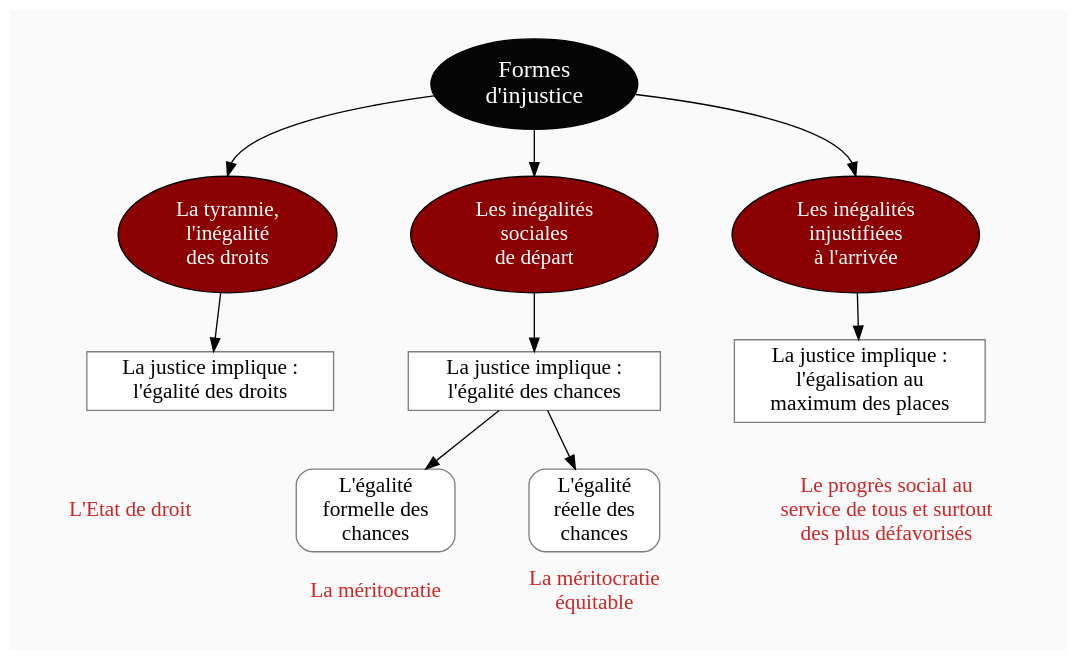
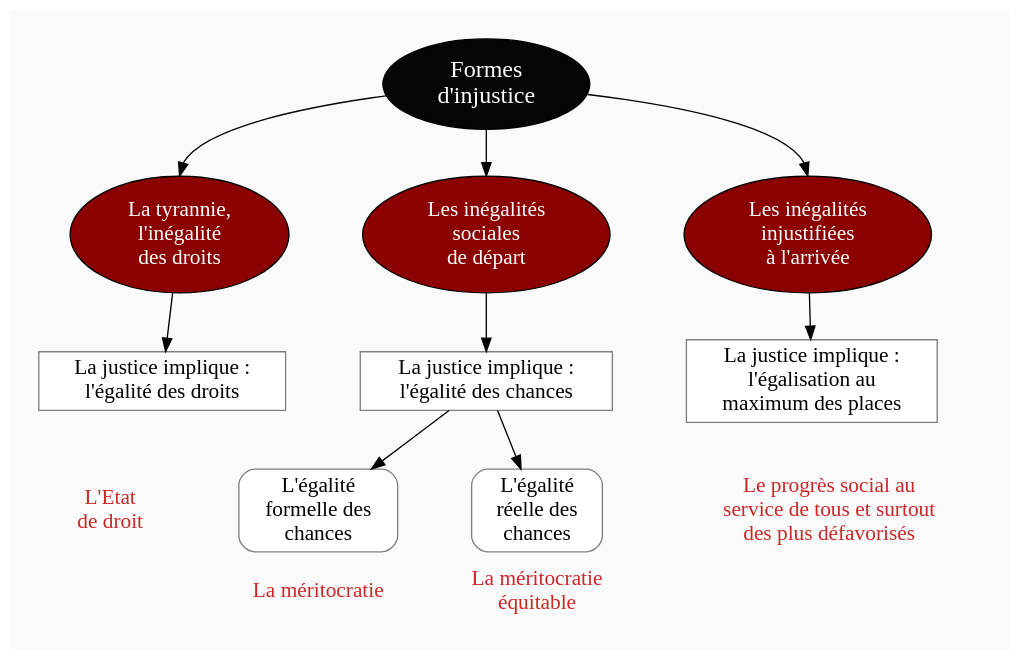
The diagram in diagram/formes-injustice-Rawls.dot (eyssette/graphviz-examples), drawn with Graphviz before and after one commit. The commit also changed 1 other file, not shown here.

```diff
--- a/diagram/formes-injustice-Rawls.dot
+++ b/diagram/formes-injustice-Rawls.dot
@@ -1,103 +1,104 @@
 digraph G {
 // Template : diagram
 // Usage : 
 //rankdir=LR
 splines=true
 //splines=curved
 bgcolor=grey98
 pad=0.3
 style=filled
 edge[minlen=4]
 node[style=filled, fontcolor=white]
 ranksep=0.1
 nodesep=0.2
 
 // NIVEAU 1
 node[fillcolor=grey2, fontsize=18]
 a1[label="Formes
 d'injustice"]
 
 // NIVEAU 2
 node[fillcolor=red4, fontsize=16]
 a1->{
 b1[label="La tyrannie,
 l'inégalité
 des droits"]    
 b2[label="Les inégalités
 sociales
 de départ"]
 b3[label="Les inégalités
 injustifiées
 à l'arrivée"]
 }[headport=n]
 
 {rank=same;b1->b2->b3[style=invis]}
 
 node[fontcolor=black]
 // NIVEAU 3 (sans intermédiaire)
 node [shape=box, fillcolor=white, color=grey50]
 // c1[label=""]
 b1->c1
 c1[label="La justice implique :
 l'égalité des droits"]
 b2->c2
 c2[label="La justice implique :
 l'égalité des chances"]
 b3->c3
 c3[label="La justice implique :
 l'égalisation au
 maximum des places"]
 
 {rank=same;c1->c2->c3[style=invis]}
 
 // INTERMÉDIAIRE AVANT NIVEAU 3
 node[fillcolor=grey78, shape=oval]
 // [arrowhead=none]
 // bc1[label=""e1[label=""]]
 
 // NIVEAU 3 (avec intermédiaire)
 node[fillcolor=white, shape=box, color=grey50]
 // c1[label=""]
 
 // NIVEAU 4
 node[style="filled,rounded", fillcolor=white, shape=box, color=grey50]
 // d1[label=""]
 c2->d1
 d1[label="L'égalité
 formelle des
 chances"]
 c2->d2
 d2[label="L'égalité
 réelle des
 chances"]
 
 // ÉTIQUETTES EN ROUGE
 node[shape=plaintext, fontcolor=firebrick3, fillcolor=grey98]
 // e1[label=< <B>= Titre</B><BR /><BR />Contenu<BR /> >]
 // e1[label=""]
 // ->e1[minlen=1, style=invis]
 c1->e1[minlen=1, style=invis]
-e1[label="L'Etat de droit"]
+e1[label="L'Etat
+de droit"]
 
 d1->e2[minlen=1, style=invis]
 e2[label="La méritocratie"]
 
 d2->e3[minlen=1, style=invis]
 e3[label="La méritocratie
 équitable"]
 
 c3->e4[minlen=1, style=invis]
 e4[label="Le progrès social au 
 service de tous et surtout
 des plus défavorisés"]
 
 {rank=same;e1->d1->d2->e4[style=invis]}
 
 // REMARQUES EN BLEU
 node[color=blue, shape=box, margin=0.07, fontcolor=black, fontsize=12, style="dashed", penwidth=0.6]
 edge[color=blue, arrowhead="none", xlabel="", style="dashed", penwidth=0.6]
 // r1[label=""]
 // {rank=same;->r1}
 // {rank=same;r1->[dir=back]}
 
 }
```
